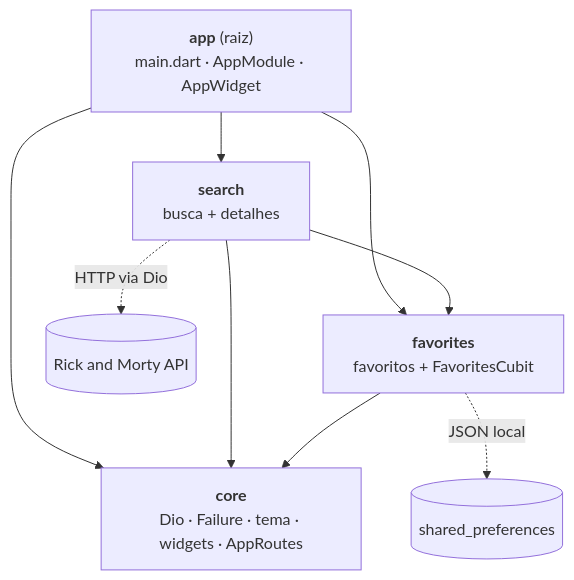
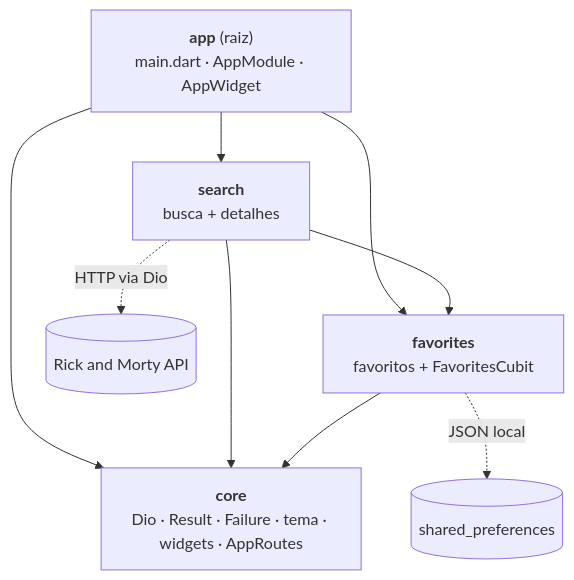
The first of 2 diagrams in README.md (cleberson-lima/rick_and_morty_app), drawn with Mermaid before and after one commit. The commit also changed other lines of this file and 72 other files, not shown here.

````diff
--- a/README.md
+++ b/README.md
@@ -122,18 +122,18 @@
 ```mermaid
 flowchart TD
     app["<b>app</b> (raiz)<br/>main.dart · AppModule · AppWidget"]
     search["<b>search</b><br/>busca + detalhes"]
     favorites["<b>favorites</b><br/>favoritos + FavoritesCubit"]
-    core["<b>core</b><br/>Dio · Failure · tema · widgets · AppRoutes"]
+    core["<b>core</b><br/>Dio · Result · Failure · tema · widgets · AppRoutes"]
     api[("Rick and Morty API")]
     prefs[("shared_preferences")]
 
     app --> search
     app --> favorites
     app --> core
     search --> favorites
     search --> core
     favorites --> core
     search -. HTTP via Dio .-> api
     favorites -. JSON local .-> prefs
 ```
````
